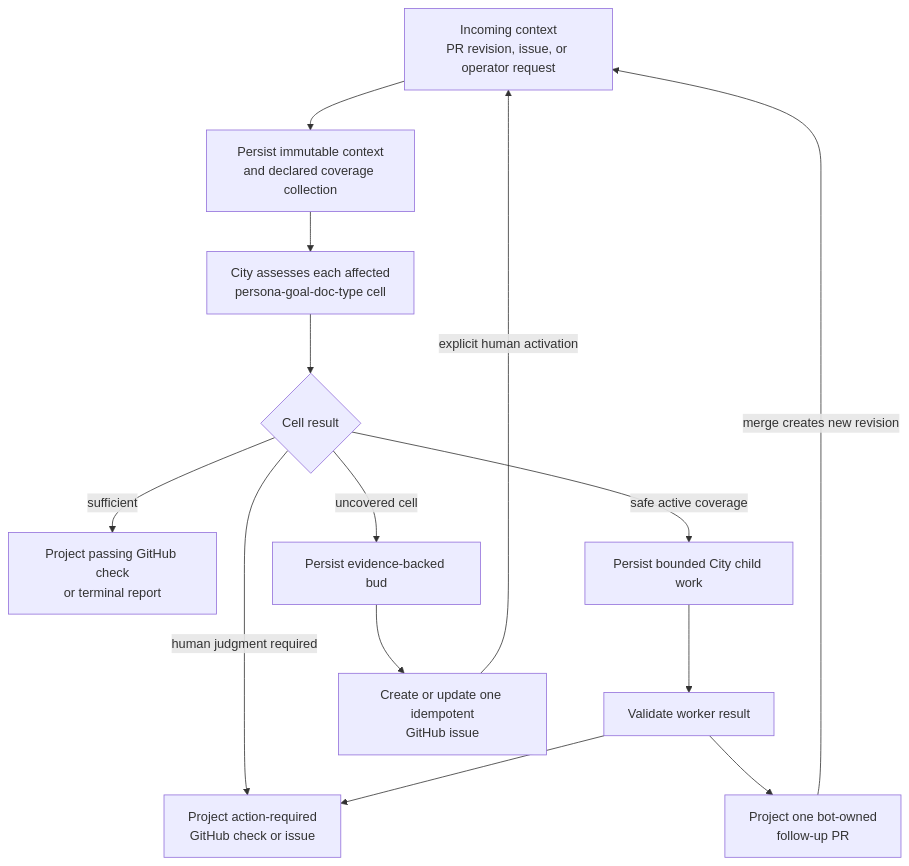
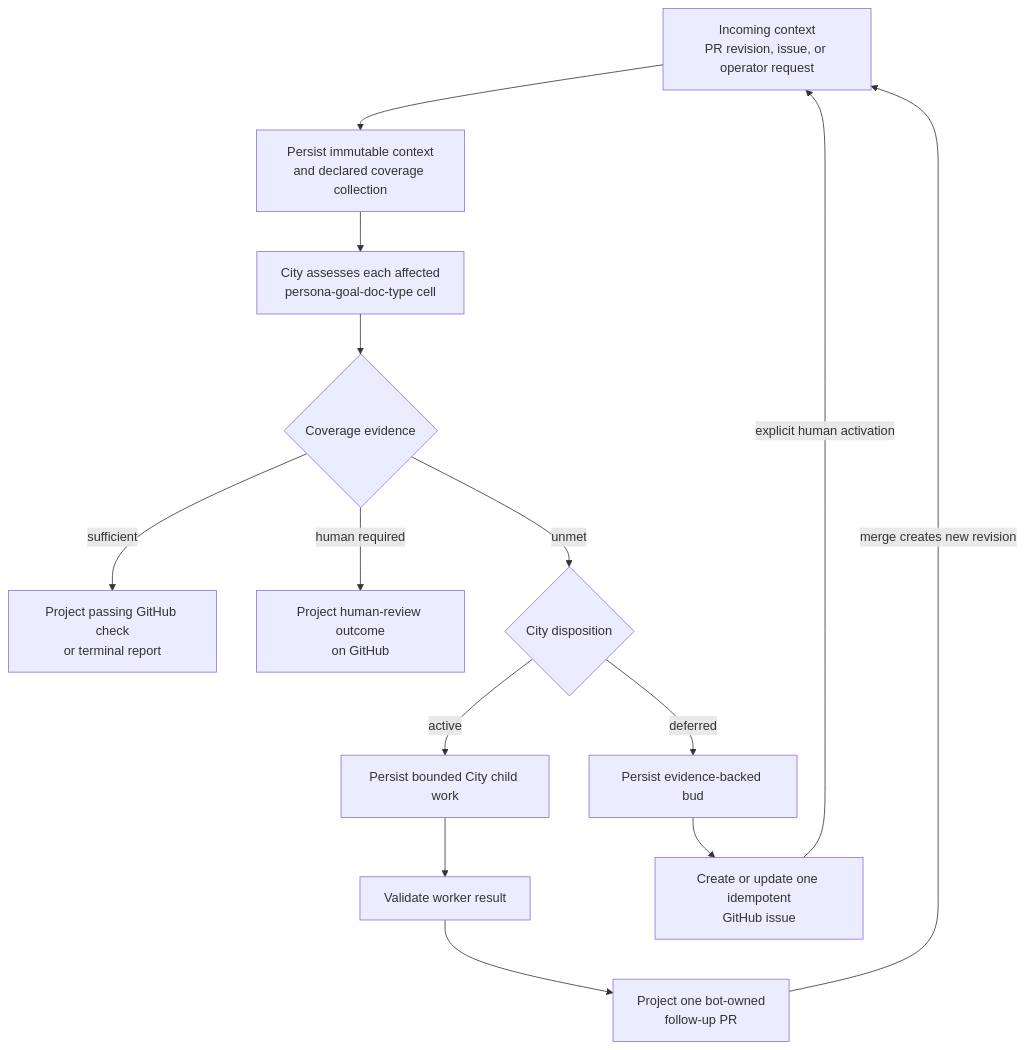
One commit to allenday/gascity-compose changed the first of 2 diagrams in docs/superpowers/specs/2026-09-04-single-docs-recursion-design.md. Above: the diagram before and after it, drawn with Mermaid. The commit also changed other lines of this file, not shown here.

Commit message:
docs: clarify coverage disposition flow

````diff
--- a/docs/superpowers/specs/2026-09-04-single-docs-recursion-design.md
+++ b/docs/superpowers/specs/2026-09-04-single-docs-recursion-design.md
@@ -15,19 +15,18 @@
 ```mermaid
 flowchart TD
   IN[Incoming context<br/>PR revision, issue, or operator request] --> SNAP[Persist immutable context<br/>and declared coverage collection]
   SNAP --> ASSESS[City assesses each affected<br/>persona-goal-doc-type cell]
-  ASSESS --> DECIDE{Cell result}
+  ASSESS --> CLASSIFY{Coverage evidence}
 
-  DECIDE -->|sufficient| PASS[Project passing GitHub check<br/>or terminal report]
-  DECIDE -->|human judgment required| REVIEW[Project action-required<br/>GitHub check or issue]
-  DECIDE -->|safe active coverage| WORK[Persist bounded City child work]
+  CLASSIFY -->|sufficient| PASS[Project passing GitHub check<br/>or terminal report]
+  CLASSIFY -->|human required| REVIEW[Project human-review outcome<br/>on GitHub]
+  CLASSIFY -->|unmet| DISPOSE{City disposition}
+  DISPOSE -->|active| WORK[Persist bounded City child work]
   WORK --> RESULT[Validate worker result]
   RESULT --> PR[Project one bot-owned<br/>follow-up PR]
-  RESULT --> REVIEW
+  PR -->|merge creates new revision| IN
 
-  DECIDE -->|uncovered cell| BUD[Persist evidence-backed bud]
+  DISPOSE -->|deferred| BUD[Persist evidence-backed bud]
   BUD --> ISSUE[Create or update one idempotent<br/>GitHub issue]
   ISSUE -->|explicit human activation| IN
-
-  PR -->|merge creates new revision| IN
 ```
````
